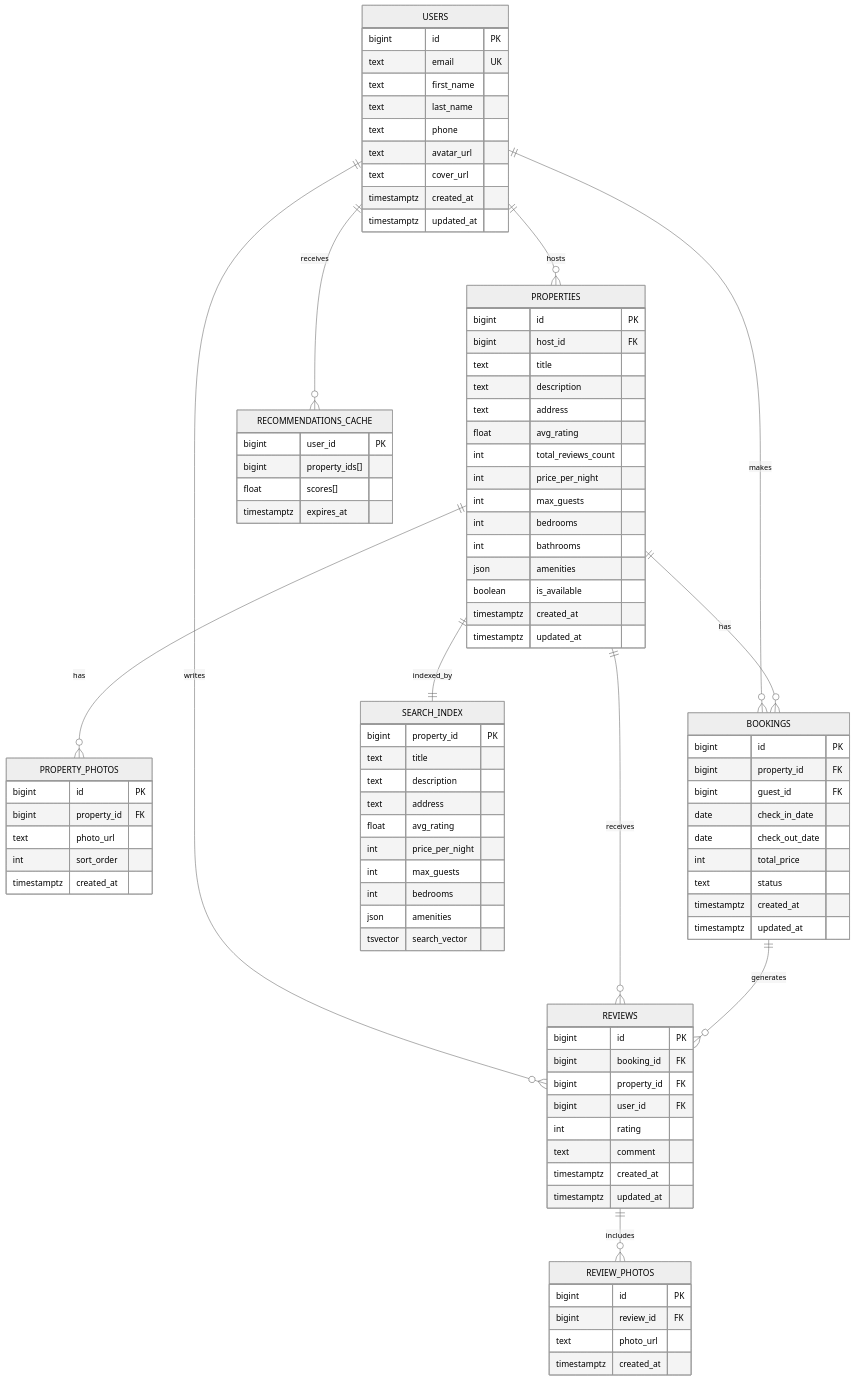
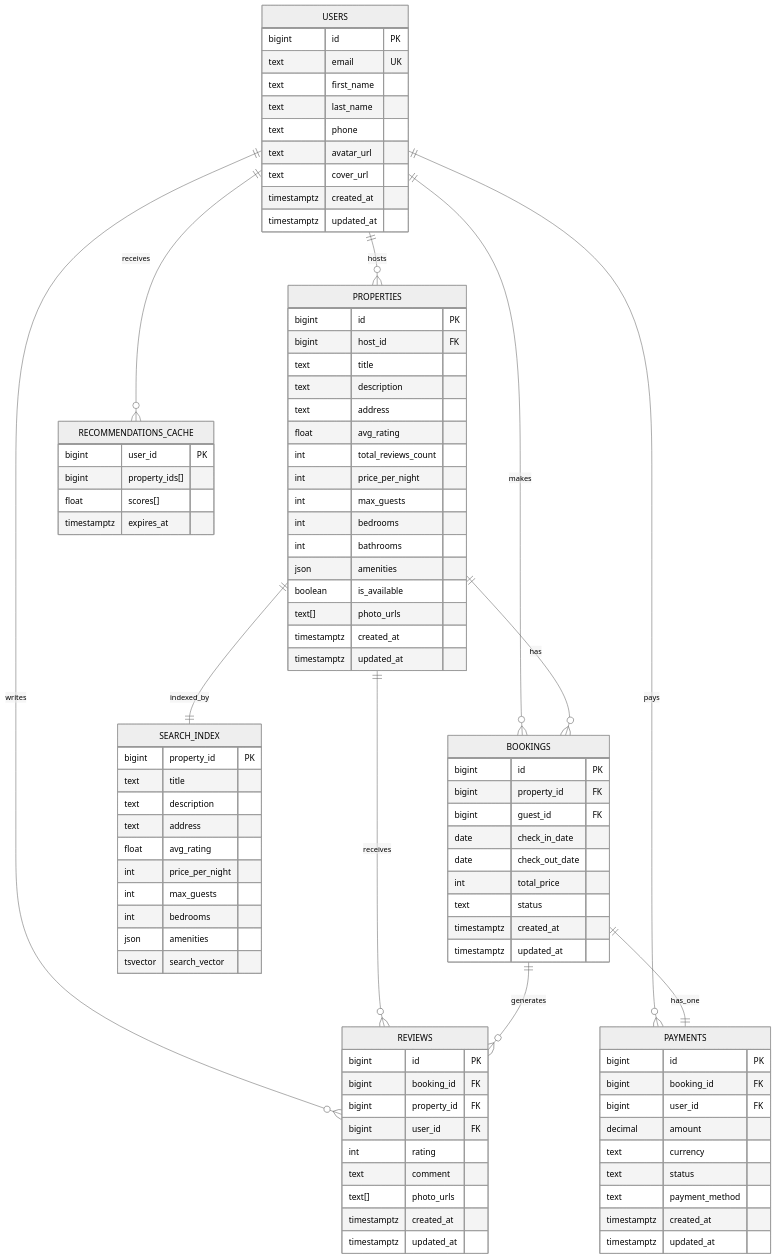
Before and after one commit to 1maryam2/vk_education_highload: the second of 2 diagrams in README.md, drawn with Mermaid (neutral theme). The commit also changed other lines of this file, not shown here.

````diff
--- a/README.md
+++ b/README.md
@@ -524,16 +523,9 @@
         int bathrooms
         json amenities
         boolean is_available
+        text[] photo_urls
         timestamptz created_at
         timestamptz updated_at
-    }
-
-    PROPERTY_PHOTOS {
-        bigint id PK
-        bigint property_id FK
-        text photo_url
-        int sort_order
-        timestamptz created_at
     }
 
     BOOKINGS {
@@ -548,6 +540,18 @@
         timestamptz updated_at
     }
 
+    PAYMENTS {
+        bigint id PK
+        bigint booking_id FK
+        bigint user_id FK
+        decimal amount
+        text currency
+        text status
+        text payment_method
+        timestamptz created_at
+        timestamptz updated_at
+    }
+
     REVIEWS {
         bigint id PK
         bigint booking_id FK
@@ -555,15 +559,9 @@
         bigint user_id FK
         int rating
         text comment
+        text[] photo_urls
         timestamptz created_at
         timestamptz updated_at
-    }
-
-    REVIEW_PHOTOS {
-        bigint id PK
-        bigint review_id FK
-        text photo_url
-        timestamptz created_at
     }
 
     SEARCH_INDEX {
@@ -590,13 +588,12 @@
     USERS ||--o{ BOOKINGS : makes
     USERS ||--o{ REVIEWS : writes
     USERS ||--o{ RECOMMENDATIONS_CACHE : receives
+    USERS ||--o{ PAYMENTS : pays
 
-    PROPERTIES ||--o{ PROPERTY_PHOTOS : has
     PROPERTIES ||--o{ BOOKINGS : has
     PROPERTIES ||--o{ REVIEWS : receives
     PROPERTIES ||--|| SEARCH_INDEX : indexed_by
 
     BOOKINGS ||--o{ REVIEWS : generates
-
-    REVIEWS ||--o{ REVIEW_PHOTOS : includes
+    BOOKINGS ||--|| PAYMENTS : has_one
 ```
````
